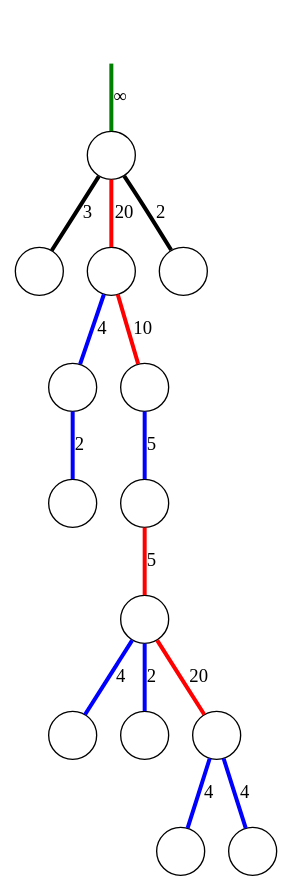
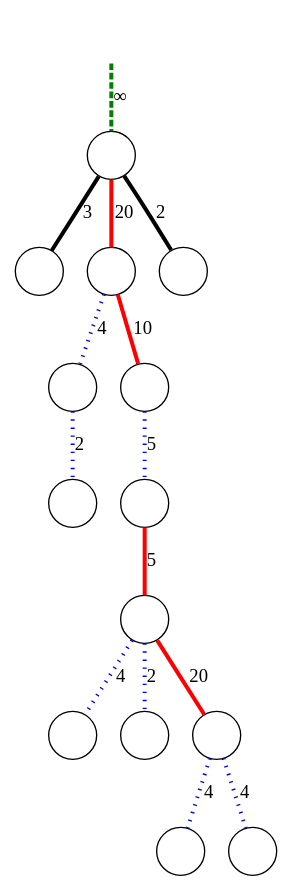
The diagram in graphs/example-g.gv (sgolodetz/waterfallpaper), drawn with Graphviz before and after one commit. The commit also changed 17 other files, not shown here.

```diff
--- a/graphs/example-g.gv
+++ b/graphs/example-g.gv
@@ -1,22 +1,22 @@
 digraph
 {
 	node [shape=circle, label=""];
 	edge [dir=both, arrowtail=none, arrowhead=none, penwidth=3];
 
-	r -> n00 [label="&infin;", color=green];
+	r -> n00 [label="&infin;", color=green, style=dashed];
 	n00 -> n10 [label=3];
-	n00 -> n11 [label=20, color=red];
+	n00 -> n11 [label=20, color=red, style=bold];
 	n00 -> n12 [label=2];
-	n11 -> n20 [label=4, color=blue];
-	n11 -> n21 [label=10, color=red];
-	n20 -> n30 [label=2, color=blue];
-	n21 -> n31 [label=5, color=blue];
-	n31 -> n40 [label=5, color=red];
-	n40 -> n50 [label=4, color=blue];
-	n40 -> n51 [label=2, color=blue];
-	n40 -> n52 [label=20, color=red];
-	n52 -> n60 [label=4, color=blue];
-	n52 -> n61 [label=4, color=blue];
+	n11 -> n20 [label=4, color=blue, style=dotted];
+	n11 -> n21 [label=10, color=red, style=bold];
+	n20 -> n30 [label=2, color=blue, style=dotted];
+	n21 -> n31 [label=5, color=blue, style=dotted];
+	n31 -> n40 [label=5, color=red, style=bold];
+	n40 -> n50 [label=4, color=blue, style=dotted];
+	n40 -> n51 [label=2, color=blue, style=dotted];
+	n40 -> n52 [label=20, color=red, style=bold];
+	n52 -> n60 [label=4, color=blue, style=dotted];
+	n52 -> n61 [label=4, color=blue, style=dotted];
 
 	r [style=invisible];
 }
```
